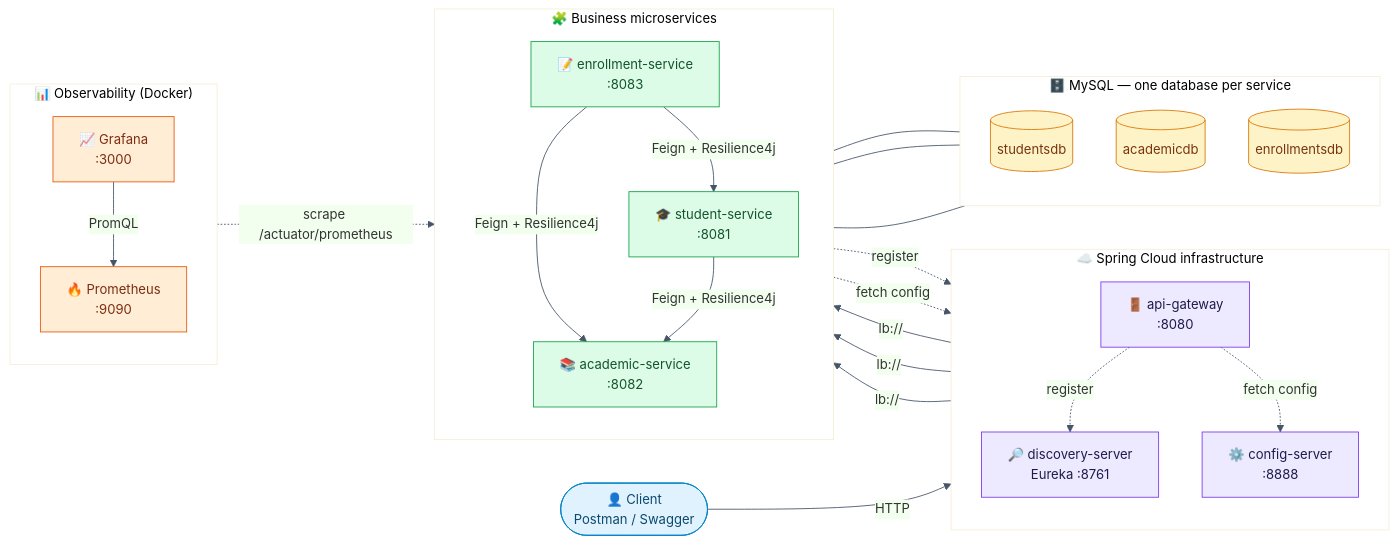
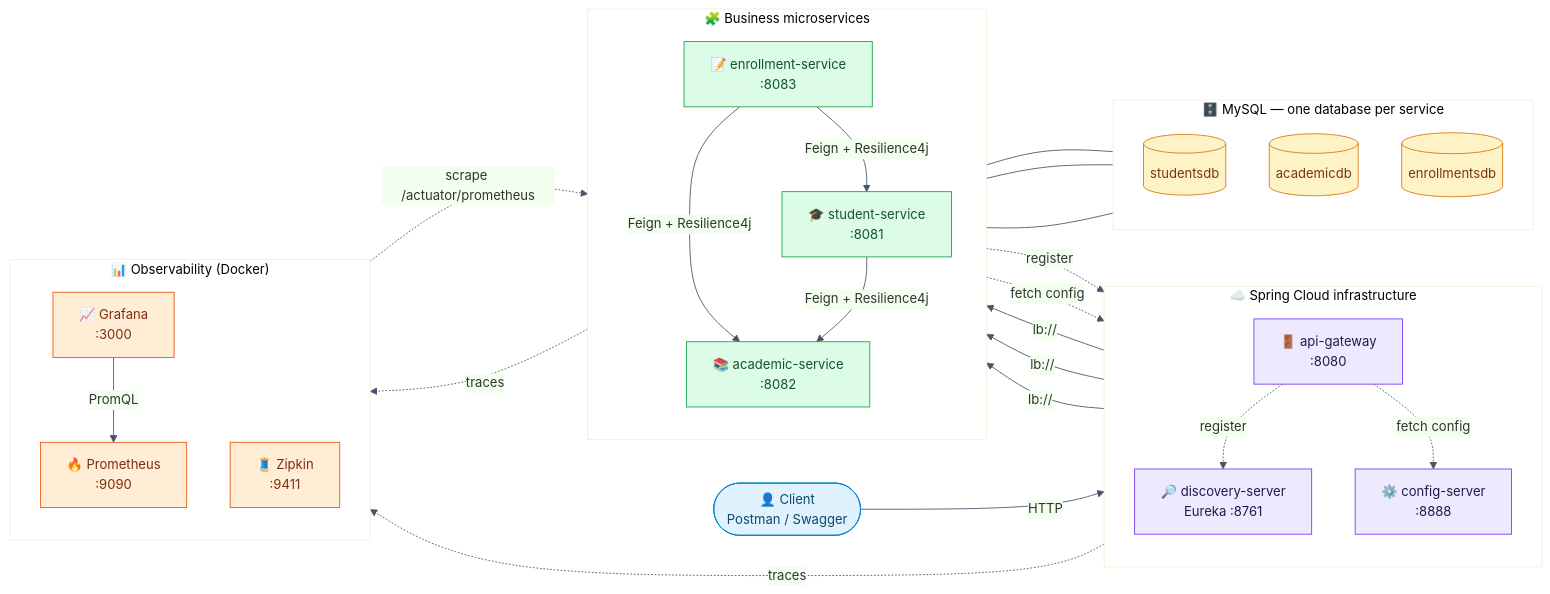
The diagram in docs/architecture/architecture.mmd (Maher-Khemakhem/Devops-IGL5), drawn with Mermaid before and after one commit. The commit also changed 11 other files, not shown here.

```diff
--- a/docs/architecture/architecture.mmd
+++ b/docs/architecture/architecture.mmd
@@ -1,62 +1,65 @@
 %%{init: {"theme":"base","themeVariables":{"fontSize":"15px","primaryColor":"#eef2ff","primaryBorderColor":"#6366f1","lineColor":"#475569"}}}%%
 flowchart LR
     client(["👤 Client<br/>Postman / Swagger"])
 
     subgraph infra["☁️ Spring Cloud infrastructure"]
         direction TB
         gateway["🚪 api-gateway<br/>:8080"]
         config["⚙️ config-server<br/>:8888"]
         eureka["🔎 discovery-server<br/>Eureka :8761"]
     end
 
     subgraph services["🧩 Business microservices"]
         direction TB
         student["🎓 student-service<br/>:8081"]
         academic["📚 academic-service<br/>:8082"]
         enrollment["📝 enrollment-service<br/>:8083"]
     end
 
     subgraph data["🗄️ MySQL — one database per service"]
         direction TB
         dbs[("studentsdb")]
         dba[("academicdb")]
         dbe[("enrollmentsdb")]
     end
 
     subgraph obs["📊 Observability (Docker)"]
         direction TB
         prom["🔥 Prometheus<br/>:9090"]
         graf["📈 Grafana<br/>:3000"]
+        zipkin["🧵 Zipkin<br/>:9411"]
     end
 
     client -->|HTTP| gateway
     gateway -->|"lb://"| student
     gateway -->|"lb://"| academic
     gateway -->|"lb://"| enrollment
 
     enrollment -->|"Feign + Resilience4j"| student
     enrollment -->|"Feign + Resilience4j"| academic
     student -->|"Feign + Resilience4j"| academic
 
     student --- dbs
     academic --- dba
     enrollment --- dbe
 
     services -.->|register| eureka
     gateway -.->|register| eureka
     services -.->|fetch config| config
     gateway -.->|fetch config| config
 
     prom -.->|"scrape /actuator/prometheus"| services
     graf -->|PromQL| prom
+    services -.->|"traces"| zipkin
+    gateway -.->|"traces"| zipkin
 
     classDef infraC fill:#ede9fe,stroke:#7c3aed,color:#1e1b4b
     classDef svcC fill:#dcfce7,stroke:#16a34a,color:#14532d
     classDef dbC fill:#fef3c7,stroke:#d97706,color:#78350f
     classDef obsC fill:#ffedd5,stroke:#ea580c,color:#7c2d12
     classDef cliC fill:#e0f2fe,stroke:#0284c7,color:#0c4a6e
     class gateway,config,eureka infraC
     class student,academic,enrollment svcC
     class dbs,dba,dbe dbC
-    class prom,graf obsC
+    class prom,graf,zipkin obsC
     class client cliC
```
